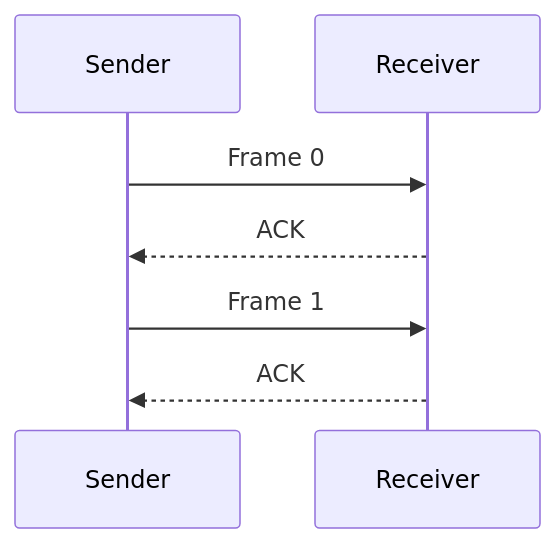
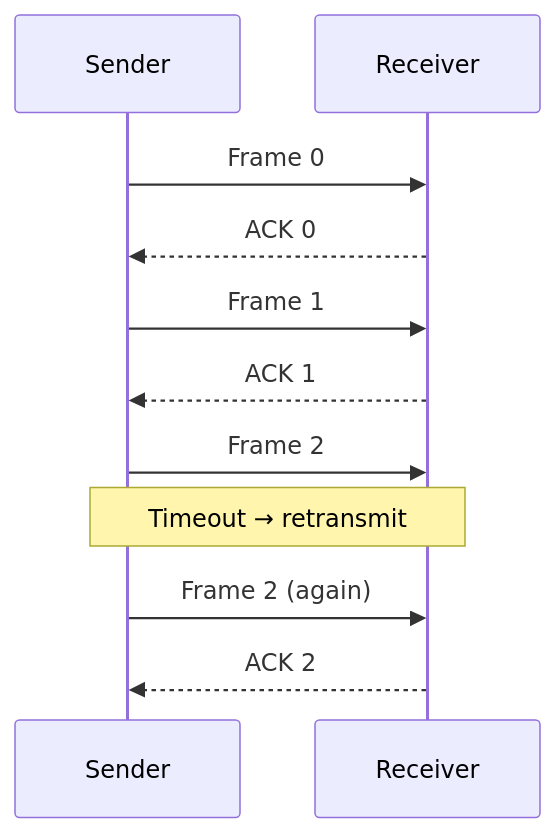
Before and after one commit to manishkumar8312/CS-Fundamentals: the sixth of 14 diagrams in Computer Network/Ch 04 - Data Link Layer.md, drawn with Mermaid. The commit also changed other lines of this file, not shown here.

````diff
--- a/Computer Network/Ch 04 - Data Link Layer.md
+++ b/Computer Network/Ch 04 - Data Link Layer.md
@@ -130,9 +154,13 @@
 ```mermaid
 sequenceDiagram
     participant Sender
     participant Receiver
     Sender->>Receiver: Frame 0
-    Receiver-->>Sender: ACK
+    Receiver-->>Sender: ACK 0
     Sender->>Receiver: Frame 1
-    Receiver-->>Sender: ACK
+    Receiver-->>Sender: ACK 1
+    Sender->>Receiver: Frame 2
+    Note over Sender,Receiver: Timeout → retransmit
+    Sender->>Receiver: Frame 2 (again)
+    Receiver-->>Sender: ACK 2
 ```
````
